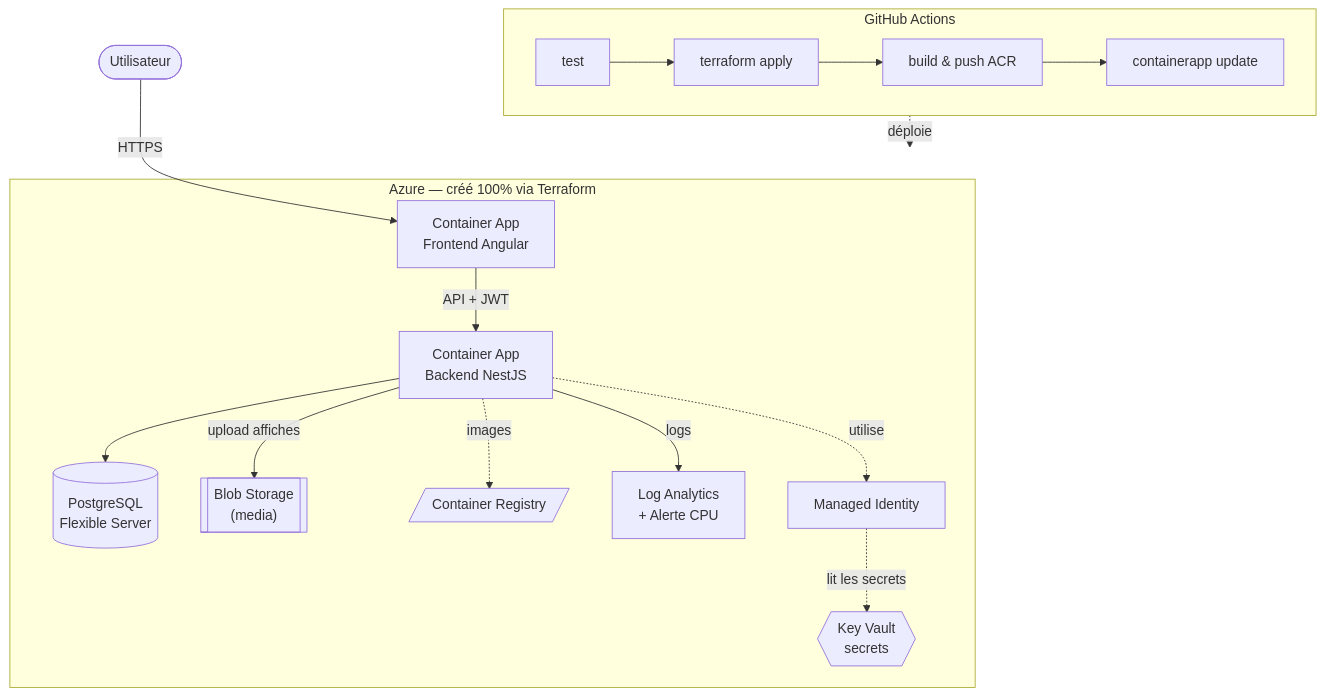
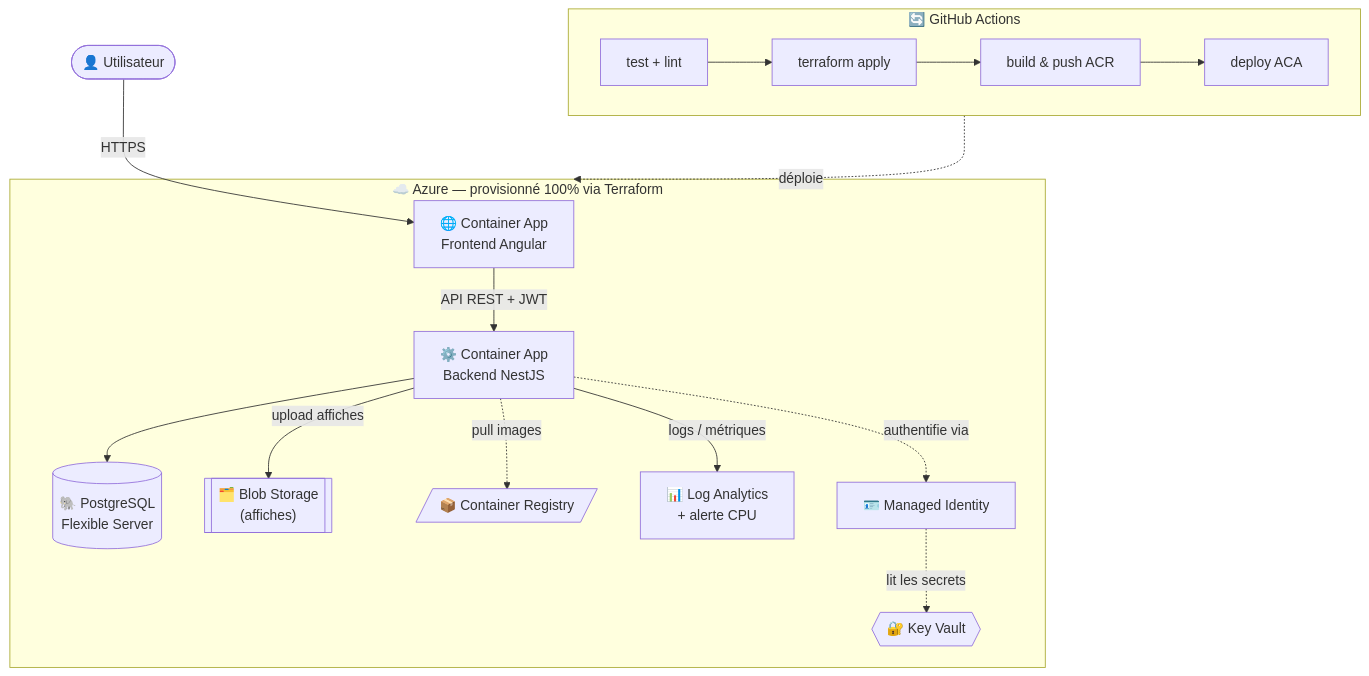
Before and after one commit to PathMan21/median: the diagram in README.md, drawn with Mermaid. The commit also changed other lines of this file and 20 other files, not shown here.

````diff
--- a/README.md
+++ b/README.md
@@ -18,29 +58,30 @@
 ```mermaid
 flowchart TD
-    User([Utilisateur])
+    User([👤 Utilisateur])
 
-    subgraph Azure["Azure — créé 100% via Terraform"]
-        FE["Container App<br/>Frontend Angular"]
-        BE["Container App<br/>Backend NestJS"]
-        PG[("PostgreSQL<br/>Flexible Server")]
-        BLOB[["Blob Storage<br/>(media)"]]
-        KV{{"Key Vault<br/>secrets"}}
-        ACR[/"Container Registry"/]
-        LAW["Log Analytics<br/>+ Alerte CPU"]
-        MI["Managed Identity"]
+    subgraph Azure["☁️ Azure — provisionné 100% via Terraform"]
+        FE["🌐 Container App<br/>Frontend Angular"]
+        BE["⚙️ Container App<br/>Backend NestJS"]
+        PG[("🐘 PostgreSQL<br/>Flexible Server")]
+        BLOB[["🗂️ Blob Storage<br/>(affiches)"]]
+        KV{{"🔐 Key Vault"}}
+        ACR[/"📦 Container Registry"/]
+        LAW["📊 Log Analytics<br/>+ alerte CPU"]
+        MI["🪪 Managed Identity"]
     end
 
     User -->|HTTPS| FE
-    FE -->|API + JWT| BE
+    FE -->|API REST + JWT| BE
     BE --> PG
     BE -->|upload affiches| BLOB
+    BE -.authentifie via.-> MI
     MI -.lit les secrets.-> KV
-    BE -.utilise.-> MI
-    BE -.images.-> ACR
-    BE -->|logs| LAW
+    BE -.pull images.-> ACR
+    BE -->|logs / métriques| LAW
 
-    subgraph CI["GitHub Actions"]
-        T[test] --> I[terraform apply] --> BP[build & push ACR] --> D[containerapp update]
+    subgraph CI["🔄 GitHub Actions"]
+        direction LR
+        T[test + lint] --> I[terraform apply] --> BP[build & push ACR] --> D[deploy ACA]
     end
     CI -.déploie.-> Azure
 ```
````
